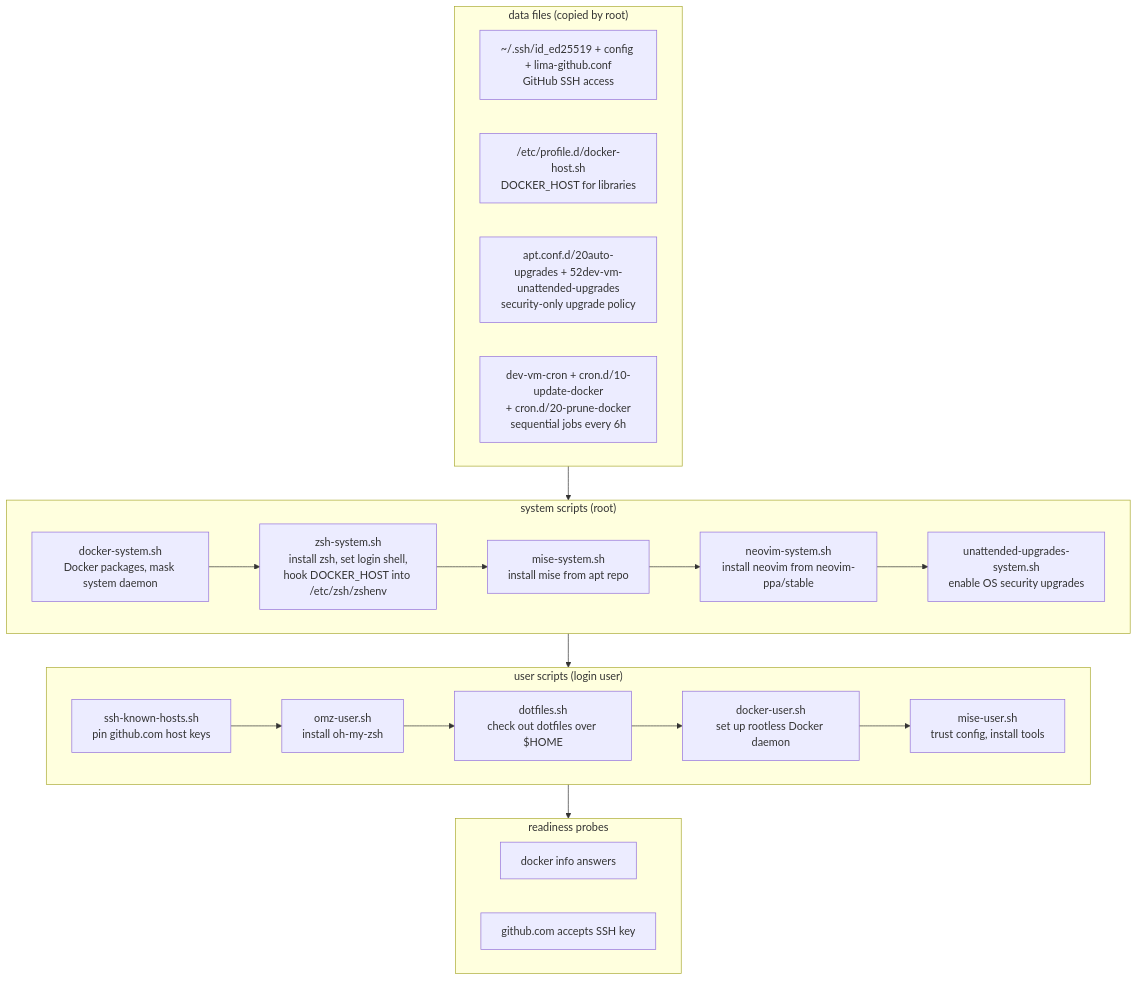
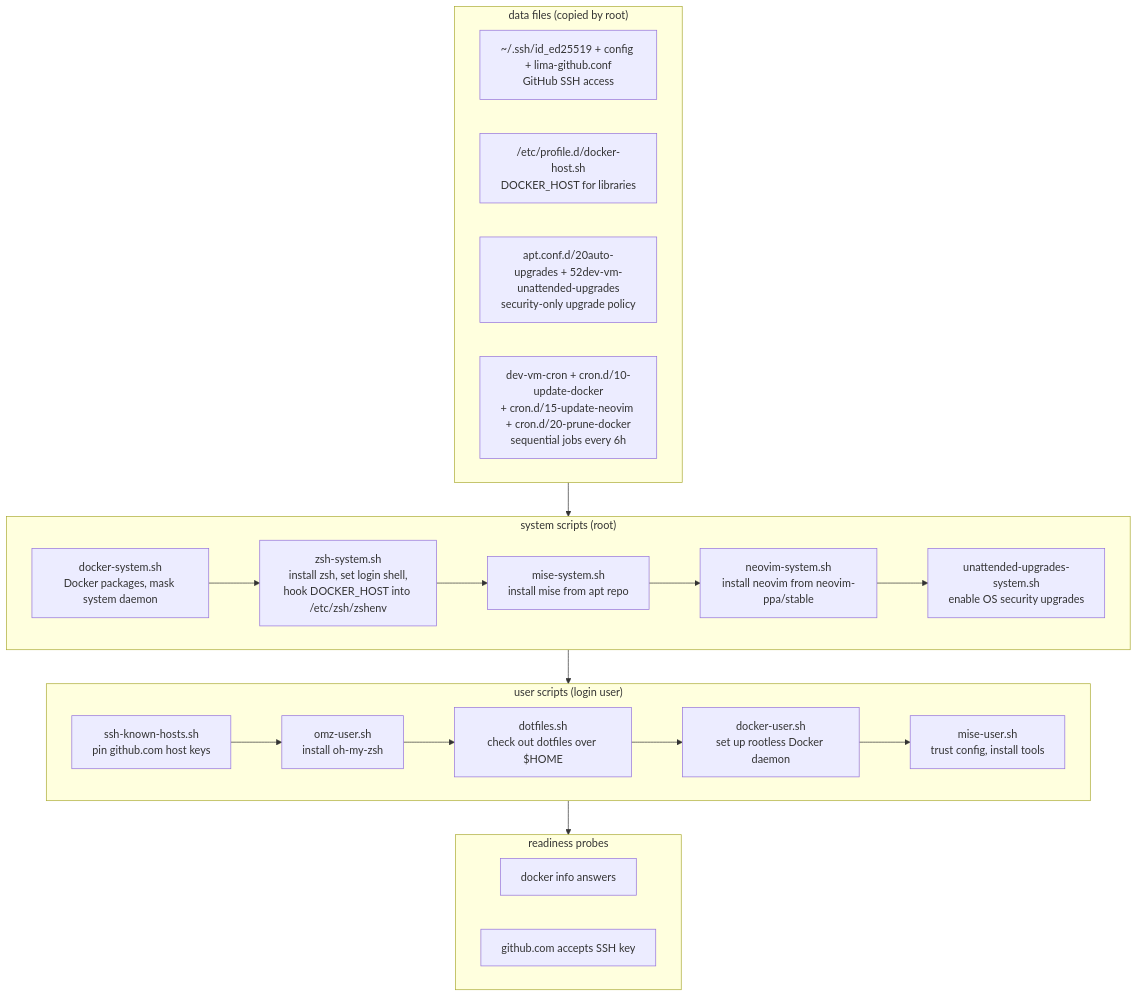
Before and after one commit to robsonpeixoto/dev-vm: the diagram in README.md, drawn with Mermaid. The commit also changed other lines of this file and 2 other files, not shown here.

Commit message:
feat: keep neovim updated with a cron job

````diff
--- a/README.md
+++ b/README.md
@@ -411,36 +415,36 @@
 ```mermaid
 flowchart TD
     subgraph data["data files (copied by root)"]
         d1["~/.ssh/id_ed25519 + config + lima-github.conf<br>GitHub SSH access"]
         d2["/etc/profile.d/docker-host.sh<br>DOCKER_HOST for libraries"]
         d3["apt.conf.d/20auto-upgrades + 52dev-vm-unattended-upgrades<br>security-only upgrade policy"]
-        d4["dev-vm-cron + cron.d/10-update-docker<br>+ cron.d/20-prune-docker<br>sequential jobs every 6h"]
+        d4["dev-vm-cron + cron.d/10-update-docker<br>+ cron.d/15-update-neovim + cron.d/20-prune-docker<br>sequential jobs every 6h"]
     end
 
     subgraph system["system scripts (root)"]
         s1["docker-system.sh<br>Docker packages, mask system daemon"]
         s2["zsh-system.sh<br>install zsh, set login shell,<br>hook DOCKER_HOST into /etc/zsh/zshenv"]
         s3["mise-system.sh<br>install mise from apt repo"]
         s4["neovim-system.sh<br>install neovim from neovim-ppa/stable"]
         s5["unattended-upgrades-system.sh<br>enable OS security upgrades"]
     end
 
     subgraph user["user scripts (login user)"]
         u1["ssh-known-hosts.sh<br>pin github.com host keys"]
         u2["omz-user.sh<br>install oh-my-zsh"]
         u3["dotfiles.sh<br>check out dotfiles over $HOME"]
         u4["docker-user.sh<br>set up rootless Docker daemon"]
         u5["mise-user.sh<br>trust config, install tools"]
     end
 
     subgraph probes["readiness probes"]
         p1["docker info answers"]
         p2["github.com accepts SSH key"]
     end
 
     data --> system
     s1 --> s2 --> s3 --> s4 --> s5
     system --> user
     u1 --> u2 --> u3 --> u4 --> u5
     user --> probes
 ```
````
